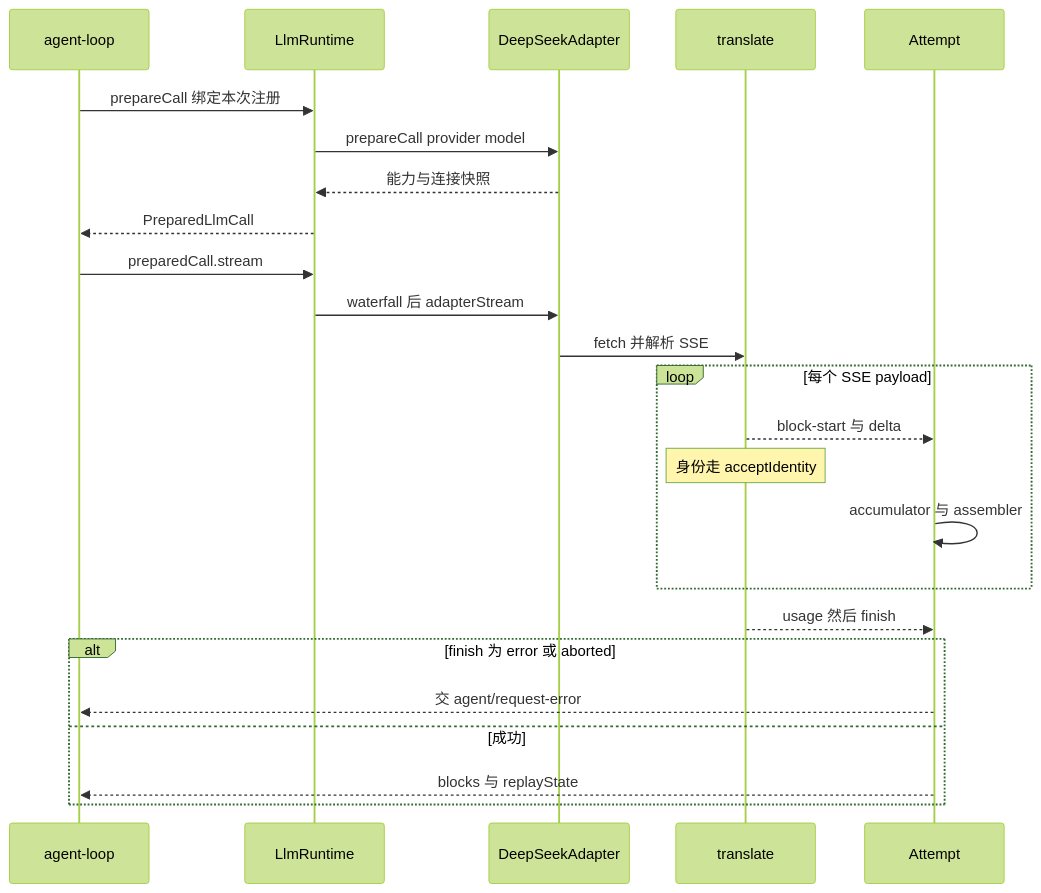
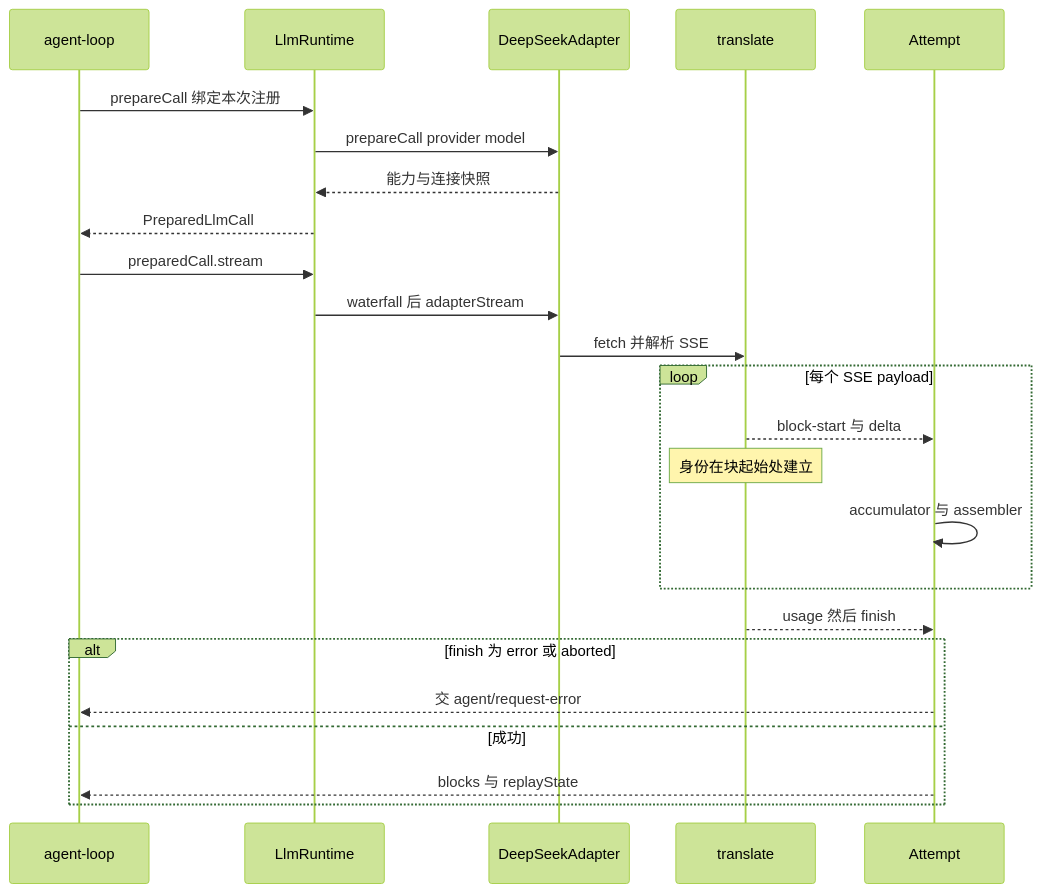
The second of 2 diagrams in ai-agent/deepseek-harness/llm.md (morehao/oss-insights), drawn with Mermaid (forest theme) before and after one commit. The commit also changed other lines of this file and 28 other files, not shown here.

````diff
--- a/ai-agent/deepseek-harness/llm.md
+++ b/ai-agent/deepseek-harness/llm.md
@@ -266,26 +282,26 @@
 ```mermaid
 sequenceDiagram
     participant L as agent-loop
     participant R as LlmRuntime
     participant A as DeepSeekAdapter
     participant T as translate
     participant B as Attempt
     L->>R: prepareCall 绑定本次注册
     R->>A: prepareCall provider model
     A-->>R: 能力与连接快照
     R-->>L: PreparedLlmCall
     L->>R: preparedCall.stream
     R->>A: waterfall 后 adapterStream
     A->>T: fetch 并解析 SSE
     loop 每个 SSE payload
         T-->>B: block-start 与 delta
-        Note over T: 身份走 acceptIdentity
+        Note over T: 身份在块起始处建立
         B->>B: accumulator 与 assembler
     end
     T-->>B: usage 然后 finish
     alt finish 为 error 或 aborted
         B-->>L: 交 agent/request-error
     else 成功
         B-->>L: blocks 与 replayState
     end
 ```
````
